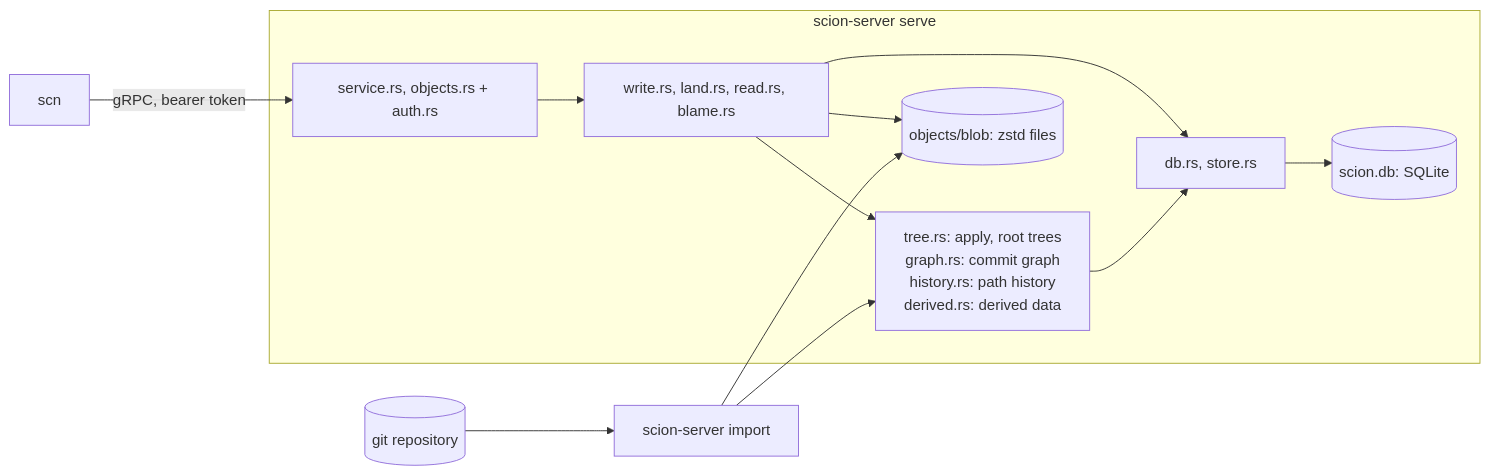
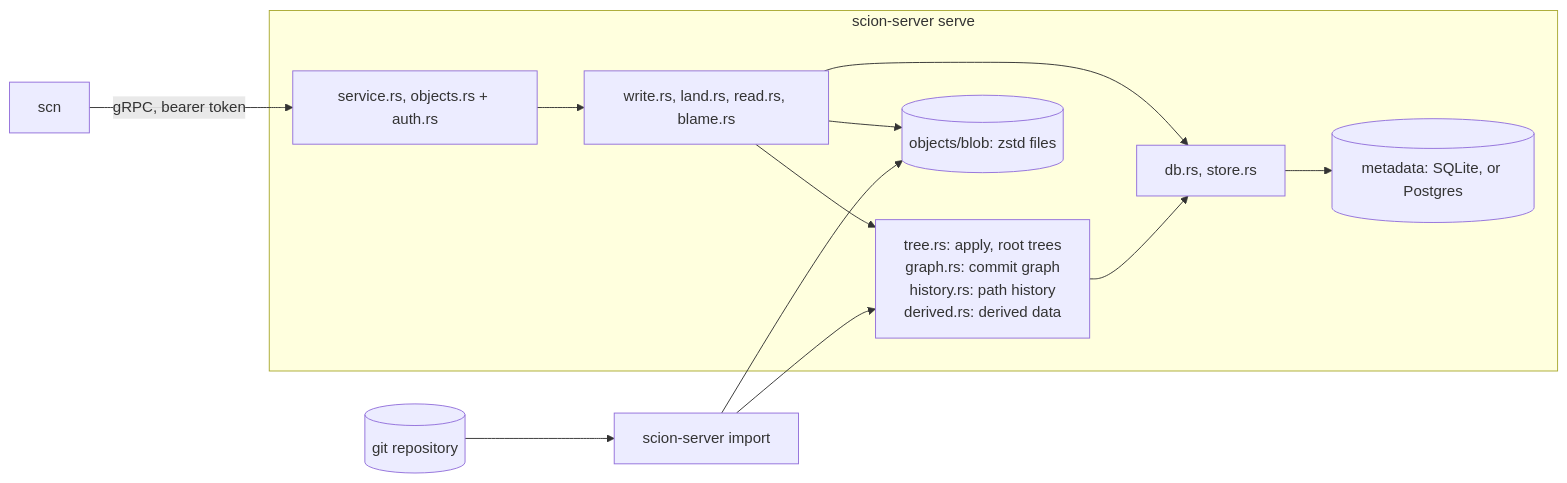
One commit to bnsd55/open-scion changed the first of 4 diagrams in docs/architecture.md. Above: the diagram before and after it, drawn with Mermaid. The commit also changed other lines of this file, not shown here.

First line of the commit message:
architecture.md: the Postgres backend, and the binary's real commands

````diff
--- a/docs/architecture.md
+++ b/docs/architecture.md
@@ -21,15 +24,15 @@
 ```mermaid
 flowchart LR
     scn["scn"] -->|"gRPC, bearer token"| svc
     subgraph serve["scion-server serve"]
         svc["service.rs, objects.rs + auth.rs"] --> ops["write.rs, land.rs, read.rs, blame.rs"]
         ops --> tree["tree.rs: apply, root trees<br/>graph.rs: commit graph<br/>history.rs: path history<br/>derived.rs: derived data"]
         ops --> db["db.rs, store.rs"]
         tree --> db
-        db --> sqlite[("scion.db: SQLite")]
+        db --> sqlite[("metadata: SQLite, or Postgres")]
         ops --> blobs[("objects/blob: zstd files")]
     end
     git[("git repository")] --> imp["scion-server import"]
     imp --> tree
     imp --> blobs
 ```
````
